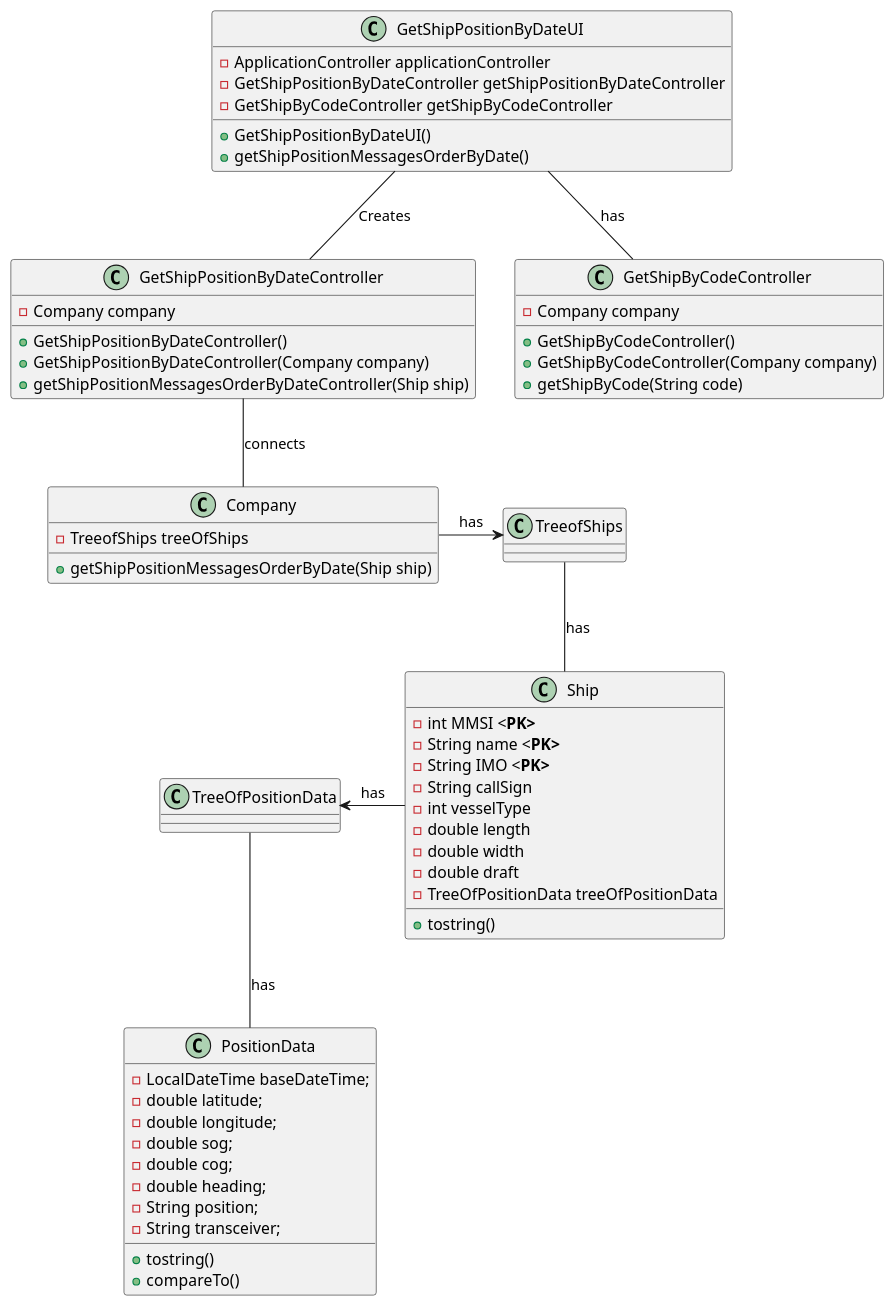
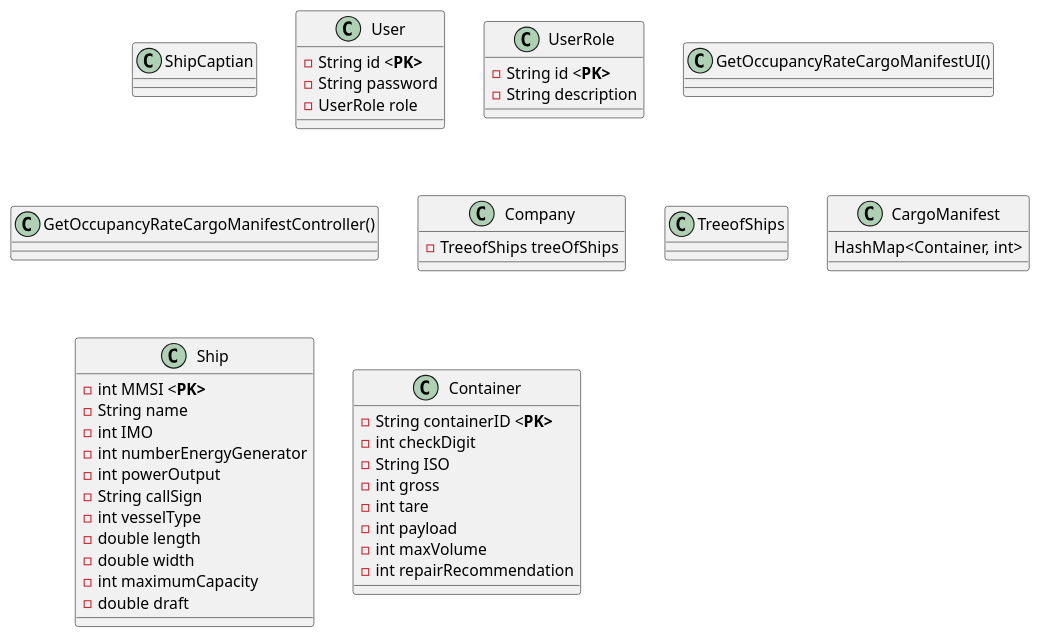
Before and after one commit to LourencoMelo/ISEP-LAPR3-ESINF: the diagram in Docs/Sprint2/US208/cd.puml, drawn with PlantUML. The commit also changed 5 other files, not shown here.

```diff
--- a/Docs/Sprint2/US208/cd.puml
+++ b/Docs/Sprint2/US208/cd.puml
@@ -1,75 +1,66 @@
 @startuml
 
-class GetShipPositionByDateController{
-    -Company company
-    +GetShipPositionByDateController()
-    +GetShipPositionByDateController(Company company)
-    +getShipPositionMessagesOrderByDateController(Ship ship)
-}
-
-class GetShipPositionByDateUI{
-    -ApplicationController applicationController
-    -GetShipPositionByDateController getShipPositionByDateController
-    -GetShipByCodeController getShipByCodeController
-    +GetShipPositionByDateUI()
-    +getShipPositionMessagesOrderByDate()
+class ShipCaptian{
 
 }
 
-class GetShipByCodeController{
-    -Company company
-    +GetShipByCodeController()
-    +GetShipByCodeController(Company company)
-    +getShipByCode(String code)
+class User{
+    -String id <<b>PK>
+    -String password
+    -UserRole role
 }
 
-class Ship {
-    -int MMSI <<b>PK>
-    -String name <<b>PK>
-    -String IMO <<b>PK>
-    -String callSign
-    -int vesselType
-    -double length
-    -double width
-    -double draft
-    -TreeOfPositionData treeOfPositionData
-
-    +tostring()
+class UserRole{
+    -String id <<b>PK>
+    -String description
 }
 
-class PositionData{
-    -LocalDateTime baseDateTime;
-    -double latitude;
-    -double longitude;
-    -double sog;
-    -double cog;
-    -double heading;
-    -String position;
-    -String transceiver;
+class GetOccupancyRateCargoManifestUI(){
 
-    +tostring()
-    +compareTo()
+}
+
+class GetOccupancyRateCargoManifestController(){
+
 }
 
 class Company {
     -TreeofShips treeOfShips
-    +getShipPositionMessagesOrderByDate(Ship ship)
 }
 
 class TreeofShips{
 
 }
 
-class TreeOfPositionData{
+class CargoManifest{
+    HashMap<Container, int>
+}
+
+class Ship {
+
+    -int MMSI <<b>PK>
+    -String name
+    -int IMO
+    -int numberEnergyGenerator
+    -int powerOutput
+    -String callSign
+    -int vesselType
+    -double length
+    -double width
+    -int maximumCapacity
+    -double draft
+}
+
+class Container {
+
+    -String containerID <<b>PK>
+    -int checkDigit
+    -String ISO
+    -int gross
+    -int tare
+    -int payload
+    -int maxVolume
+    -int repairRecommendation
 
 }
 
-Company -right-> TreeofShips :has
-TreeofShips -- Ship : has
-Ship -left-> TreeOfPositionData : has
-TreeOfPositionData -- PositionData :has
-GetShipPositionByDateUI -- GetShipPositionByDateController : Creates
-GetShipPositionByDateUI --GetShipByCodeController : has
-GetShipPositionByDateController -- Company : connects
-
 @enduml
```
